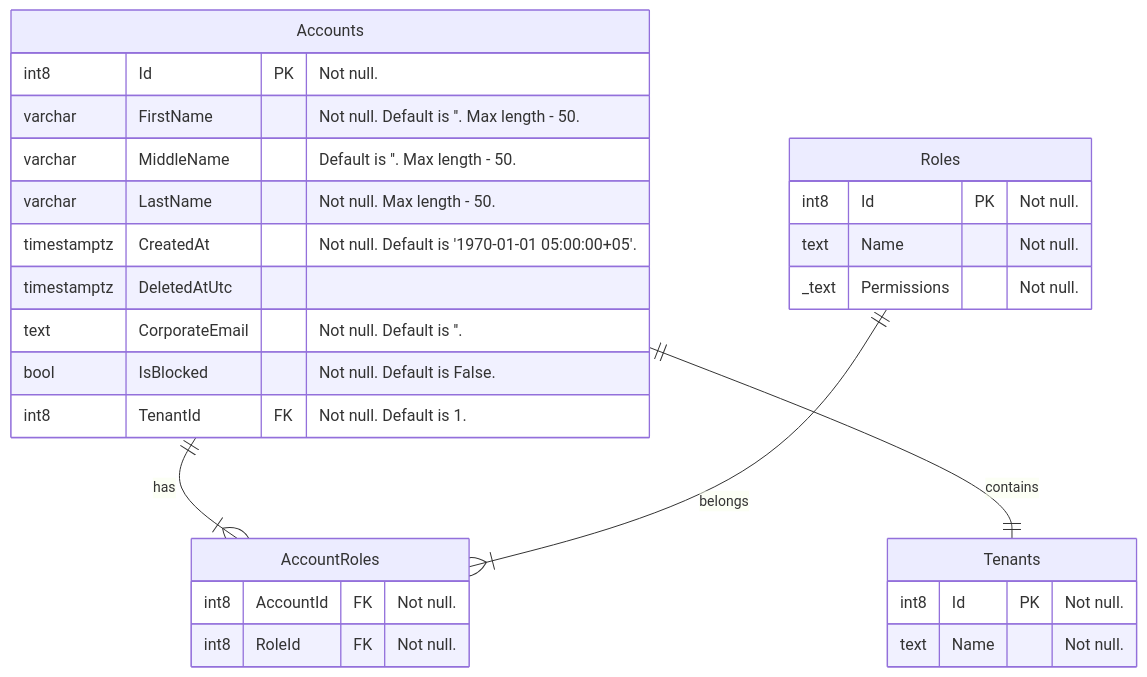
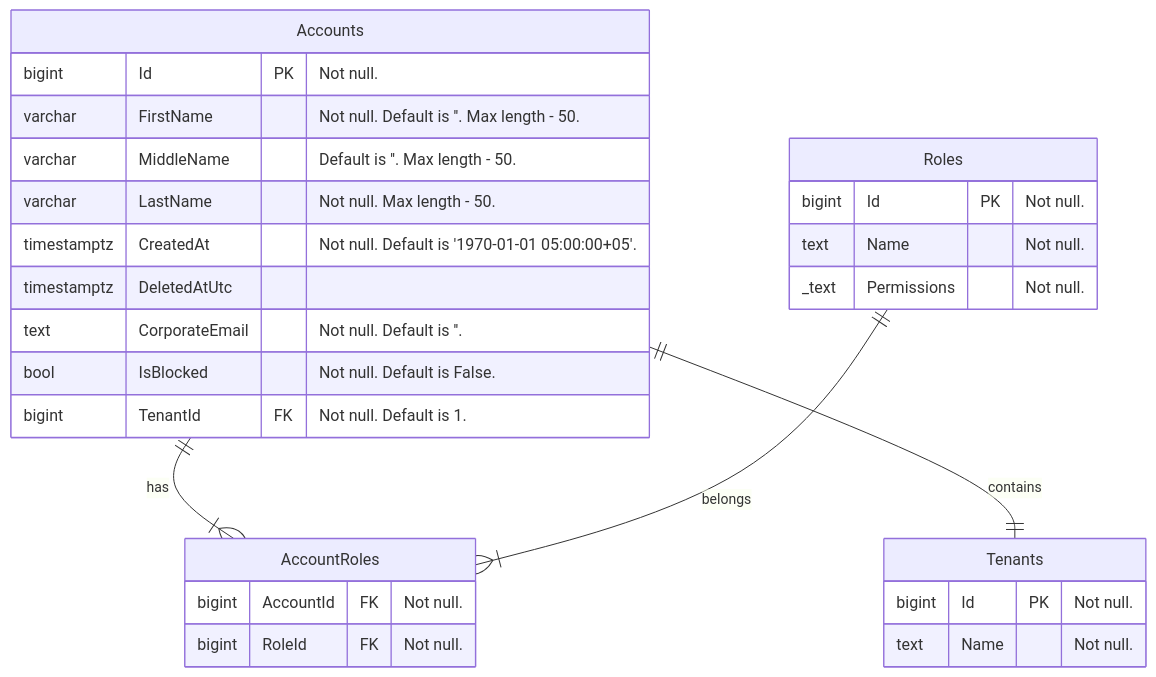
Before and after one commit to TourmalineCore/accounts-api: the diagram in README.md, drawn with Mermaid.

Commit message:
fix(db-types): fix int8 in db doc from README to bigint

````diff
--- a/README.md
+++ b/README.md
@@ -21,37 +21,37 @@
 ```mermaid
 erDiagram
     Accounts{
-        int8 Id PK "Not null."
+        bigint Id PK "Not null."
         varchar FirstName "Not null. Default is ''. Max length - 50."
         varchar MiddleName "Default is ''. Max length - 50."
         varchar LastName "Not null. Max length - 50."
         timestamptz CreatedAt "Not null. Default is '1970-01-01 05:00:00+05'."
         timestamptz DeletedAtUtc 
         text CorporateEmail "Not null. Default is ''."
         bool IsBlocked "Not null. Default is False."
-        int8 TenantId FK "Not null. Default is 1."
+        bigint TenantId FK "Not null. Default is 1."
     }
 
     Roles{
-        int8 Id PK "Not null."
+        bigint Id PK "Not null."
         text Name "Not null."
         _text Permissions "Not null."
 
     }
 
     Tenants{
-        int8 Id PK "Not null."
+        bigint Id PK "Not null."
         text Name "Not null."
     }
 
     AccountRoles{
-        int8 AccountId FK "Not null."
-        int8 RoleId FK "Not null."
+        bigint AccountId FK "Not null."
+        bigint RoleId FK "Not null."
     }
 
 
     Accounts ||--|{ AccountRoles : has
     Roles ||--|{ AccountRoles : belongs
     Accounts ||--|| Tenants : contains
 
 ```
````
